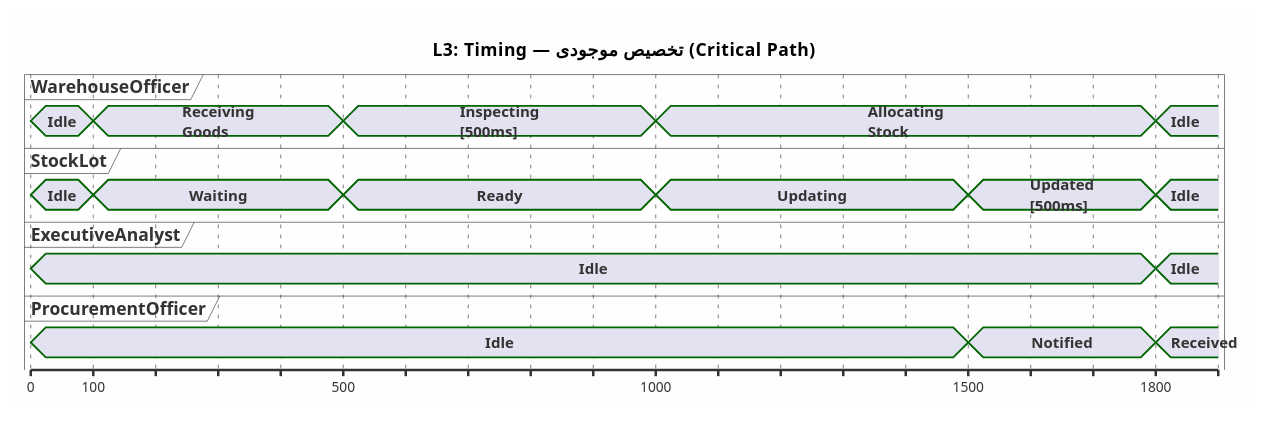
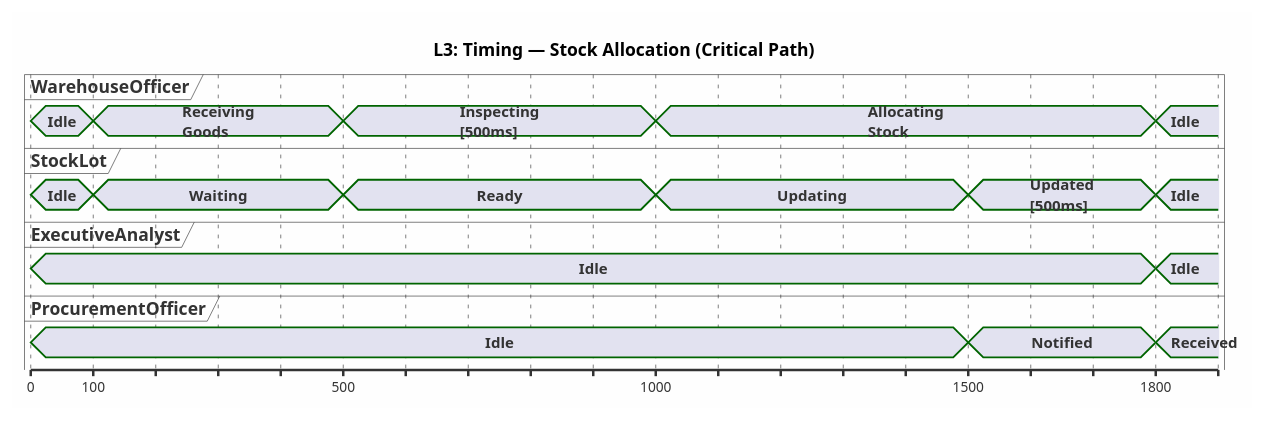
One commit to Shakour-Data/BedaanWaves changed the seventh of 7 diagrams in docs/02_architecture/ARCH_integrated-hr-finance-procurement-uml-overview-timing_v1.md. Above: the diagram before and after it, drawn with PlantUML. The commit also changed other lines of this file and 19 other files, not shown here.

````diff
--- a/docs/02_architecture/ARCH_integrated-hr-finance-procurement-uml-overview-timing_v1.md
+++ b/docs/02_architecture/ARCH_integrated-hr-finance-procurement-uml-overview-timing_v1.md
@@ -562,40 +562,40 @@
 ```plantuml
 @startuml ARCH-L3-Timing-StockAllocation
 skinparam backgroundColor #FEFEFE
-title L3: Timing — تخصیص موجودی (Critical Path)
+title L3: Timing — Stock Allocation (Critical Path)
 
 concise "WarehouseOfficer" as WH
 concise "StockLot" as SL
 concise "ExecutiveAnalyst" as EA
 concise "ProcurementOfficer" as PO
 
 @0
 WH is "Idle"
 SL is "Idle"
 EA is "Idle"
 PO is "Idle"
 
 @100
 WH is "Receiving\nGoods"
 SL is "Waiting"
 
 @500
 WH is "Inspecting\n[500ms]"
 SL is "Ready"
 
 @1000
 WH is "Allocating\nStock"
 SL is "Updating"
 
 @1500
 SL is "Updated\n[500ms]"
 PO is "Notified"
 
 @1800
 PO is "Received"
 WH is "Idle"
 SL is "Idle"
 EA is "Idle"
 
 @enduml
 ```
````
